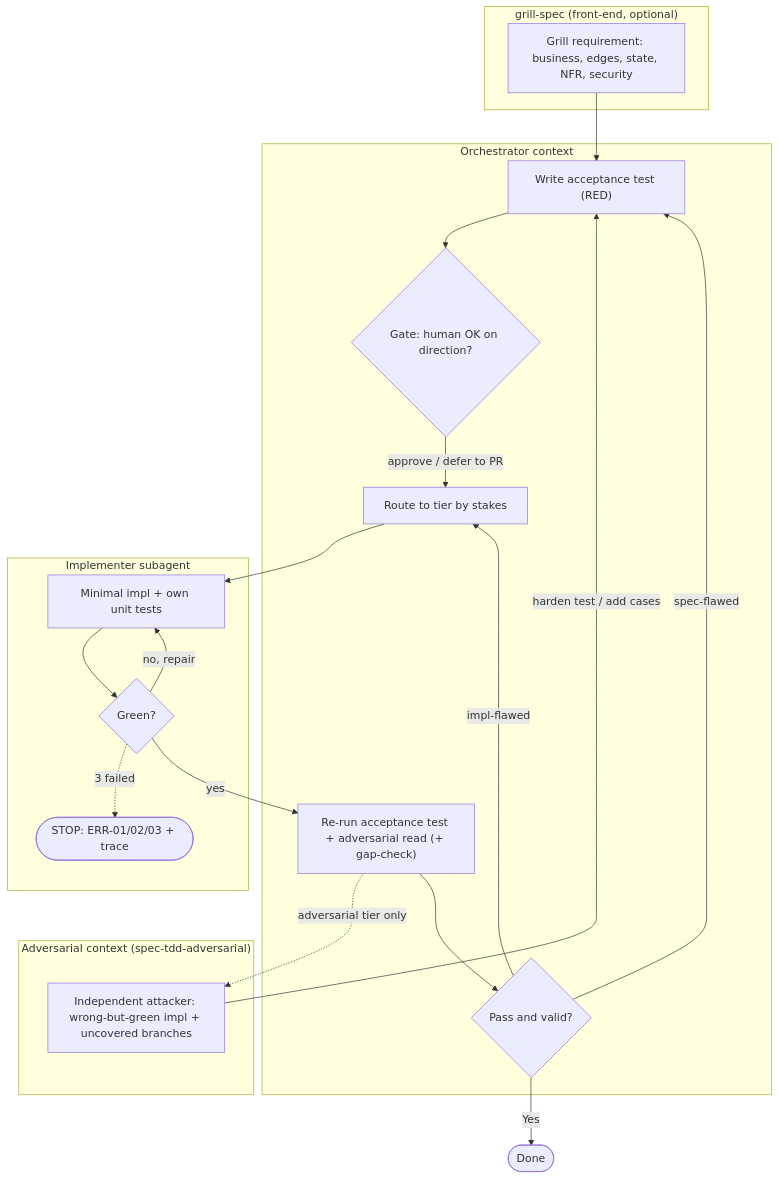
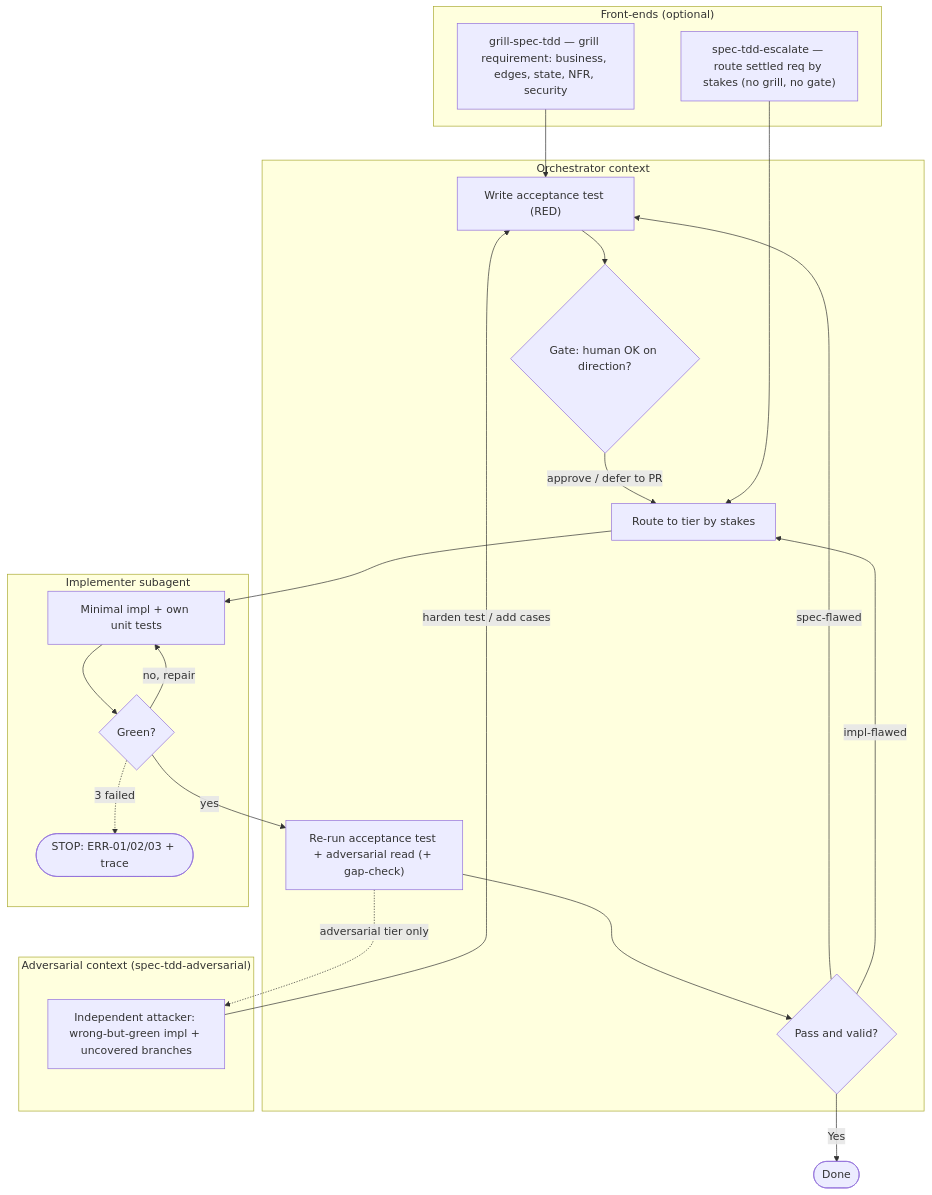
Before and after one commit to BenjaminChenLab/spec-tdd-skill: the second of 2 diagrams in README.md, drawn with Mermaid. The commit also changed other lines of this file and 7 other files, not shown here.

Commit message:
feat: add spec-tdd-escalate auto-router; rename grill-spec → grill-spec-tdd

````diff
--- a/README.md
+++ b/README.md
@@ -47,39 +47,41 @@
 ```mermaid
 flowchart TD
-    subgraph F["grill-spec (front-end, optional)"]
-        GR["Grill requirement: business, edges, state, NFR, security"]
+    subgraph F["Front-ends (optional)"]
+        GR["grill-spec-tdd — grill requirement: business, edges, state, NFR, security"]
+        ES["spec-tdd-escalate — route settled req by stakes (no grill, no gate)"]
     end
 
     subgraph O["Orchestrator context"]
         T["Write acceptance test (RED)"]
         GT{"Gate: human OK on direction?"}
         RT["Route to tier by stakes"]
         V["Re-run acceptance test + adversarial read (+ gap-check)"]
         P{"Pass and valid?"}
     end
 
     subgraph I["Implementer subagent"]
         IM["Minimal impl + own unit tests"]
         IC{"Green?"}
         ERR(["STOP: ERR-01/02/03 + trace"])
     end
 
     subgraph ADV["Adversarial context (spec-tdd-adversarial)"]
         ATK["Independent attacker: wrong-but-green impl + uncovered branches"]
     end
 
     GR --> T
     T --> GT
     GT -->|"approve / defer to PR"| RT
+    ES --> RT
     RT --> IM
     IM --> IC
     IC -->|"no, repair"| IM
     IC -.->|"3 failed"| ERR
     IC -->|yes| V
     V -.->|"adversarial tier only"| ATK
     ATK -->|"harden test / add cases"| T
     V --> P
     P -->|Yes| DONE(["Done"])
     P -->|"spec-flawed"| T
     P -->|"impl-flawed"| RT
 ```
````
